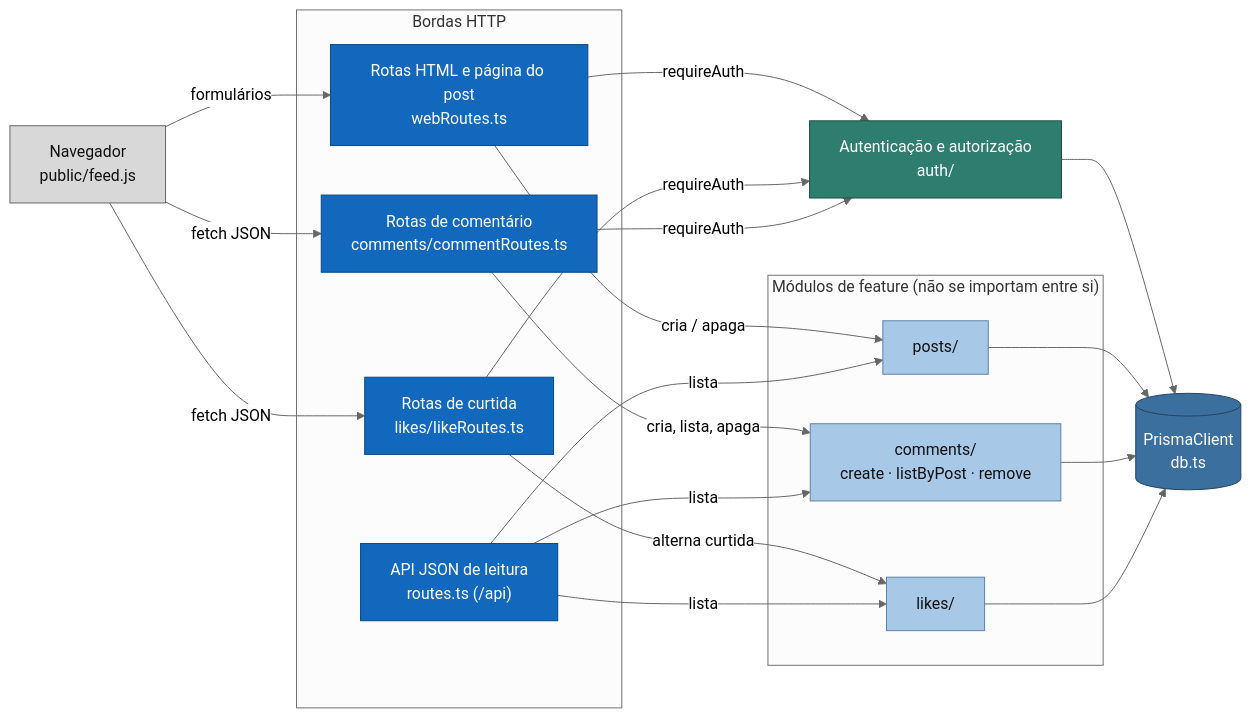
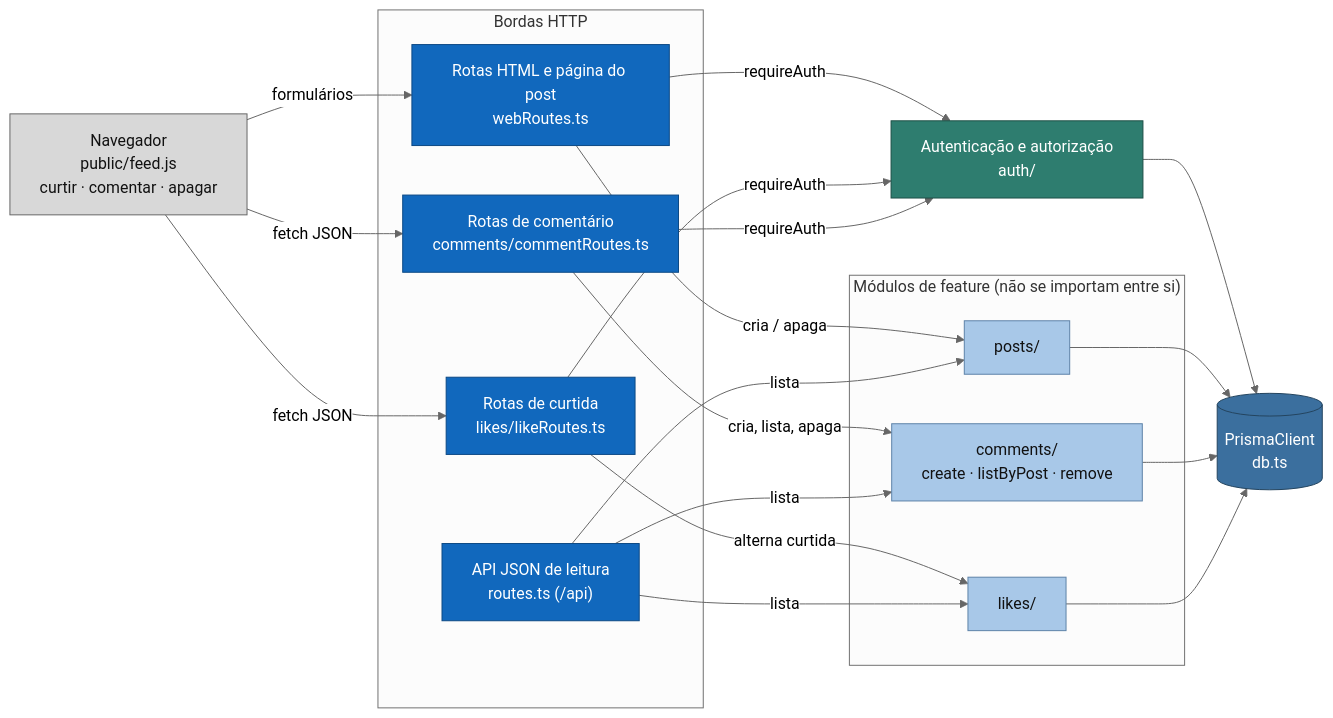
The third of 4 diagrams in docs/arquitetura/c4.md (robertoSilva-ux/redesocial), drawn with Mermaid (neutral theme) before and after one commit. The commit also changed other lines of this file and 6 other files, not shown here.

````diff
--- a/docs/arquitetura/c4.md
+++ b/docs/arquitetura/c4.md
@@ -90,45 +90,45 @@
 ```mermaid
 flowchart LR
-  nav["Navegador<br/>public/feed.js"]:::externo
+  nav["Navegador<br/>public/feed.js<br/>curtir · comentar · apagar"]:::externo
 
   subgraph bordas["Bordas HTTP"]
     web["Rotas HTML e página do post<br/>webRoutes.ts"]
     inter["Rotas de curtida<br/>likes/likeRoutes.ts"]
     com["Rotas de comentário<br/>comments/commentRoutes.ts"]:::borda
     api["API JSON de leitura<br/>routes.ts (/api)"]
   end
 
   subgraph modulos["Módulos de feature (não se importam entre si)"]
     posts["posts/"]
     comments["comments/<br/>create · listByPost · remove"]
     likes["likes/"]
   end
 
   auth["Autenticação e autorização<br/>auth/"]:::transversal
   db[("PrismaClient<br/>db.ts")]:::dados
 
   nav -->|"formulários"| web
   nav -->|"fetch JSON"| inter
   nav -->|"fetch JSON"| com
   web -->|"requireAuth"| auth
   inter -->|"requireAuth"| auth
   com -->|"requireAuth"| auth
   web -->|"cria / apaga"| posts
   inter -->|"alterna curtida"| likes
   com -->|"cria, lista, apaga"| comments
   api -->|"lista"| posts
   api -->|"lista"| comments
   api -->|"lista"| likes
   auth --> db
   posts --> db
   comments --> db
   likes --> db
 
   classDef externo fill:#d8d8d8,stroke:#666,color:#111
   classDef borda fill:#1168bd,stroke:#0b4884,color:#fff
   classDef modulo fill:#a8c8e8,stroke:#5d82a8,color:#111
   classDef transversal fill:#2e7d6f,stroke:#1d4f46,color:#fff
   classDef dados fill:#3b6f9e,stroke:#24445f,color:#fff
   class web,inter,api borda
   class posts,comments,likes modulo
 ```
````
